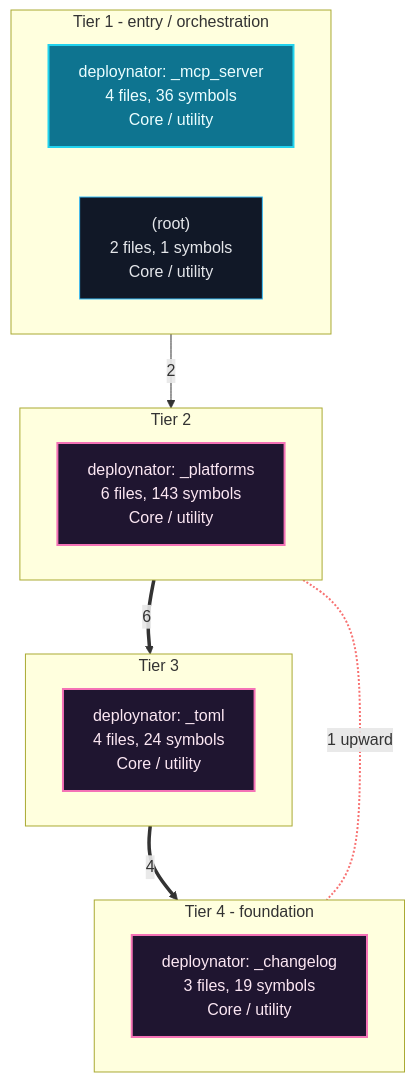
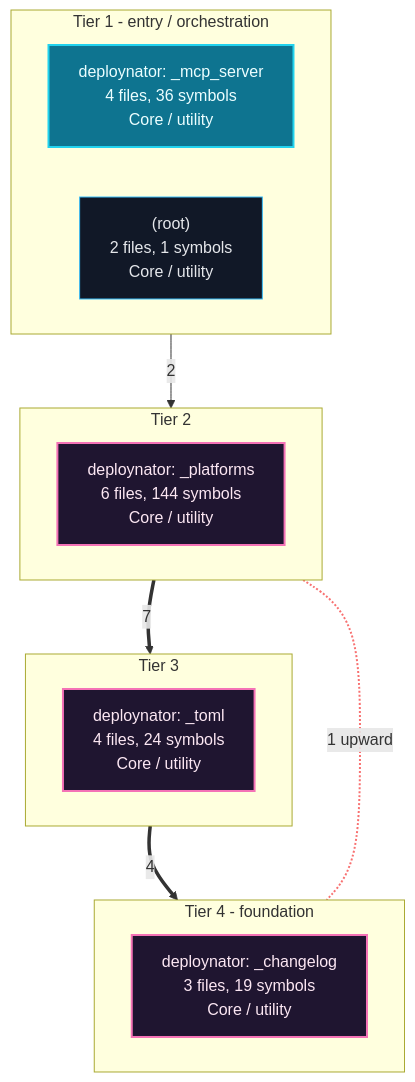
The first of 9 diagrams in readmenator-apidocs/architecture.md (grisuno/deploynator), drawn with Mermaid before and after one commit. The commit also changed other lines of this file and 86 other files, not shown here.

````diff
--- a/readmenator-apidocs/architecture.md
+++ b/readmenator-apidocs/architecture.md
@@ -11,31 +11,31 @@
 ```mermaid
 flowchart TB
     classDef cycle fill:#1f1530,stroke:#f472b6,color:#fce7f3,stroke-width:2px;
     classDef default fill:#111827,stroke:#38bdf8,color:#e5e7eb;
     classDef entry fill:#0e7490,stroke:#22d3ee,color:#ecfeff,stroke-width:2px;
     subgraph lane_0["Tier 1 - entry / orchestration"]
         direction LR
         n_c2["deploynator: _mcp_server<br/>4 files, 36 symbols<br/>Core / utility"]:::entry
         n_d__root_["(root)<br/>2 files, 1 symbols<br/>Core / utility"]:::default
     end
     subgraph lane_1["Tier 2"]
         direction LR
-        n_c0["deploynator: _platforms<br/>6 files, 143 symbols<br/>Core / utility"]:::cycle
+        n_c0["deploynator: _platforms<br/>6 files, 144 symbols<br/>Core / utility"]:::cycle
     end
     subgraph lane_2["Tier 3"]
         direction LR
         n_c1["deploynator: _toml<br/>4 files, 24 symbols<br/>Core / utility"]:::cycle
     end
     subgraph lane_3["Tier 4 - foundation"]
         direction LR
         n_c3["deploynator: _changelog<br/>3 files, 19 symbols<br/>Core / utility"]:::cycle
     end
-    n_c0 ==>|"6"| n_c1
+    n_c0 ==>|"7"| n_c1
     n_c1 ==>|"4"| n_c3
     n_c2 -->|"2"| n_c0
     n_c0 <-.-|"1 upward"| n_c3
     linkStyle 3 stroke:#f87171,stroke-width:2px;
     n_c2 ~~~ n_c0
     n_c0 ~~~ n_c1
     n_c1 ~~~ n_c3
 ```
````
